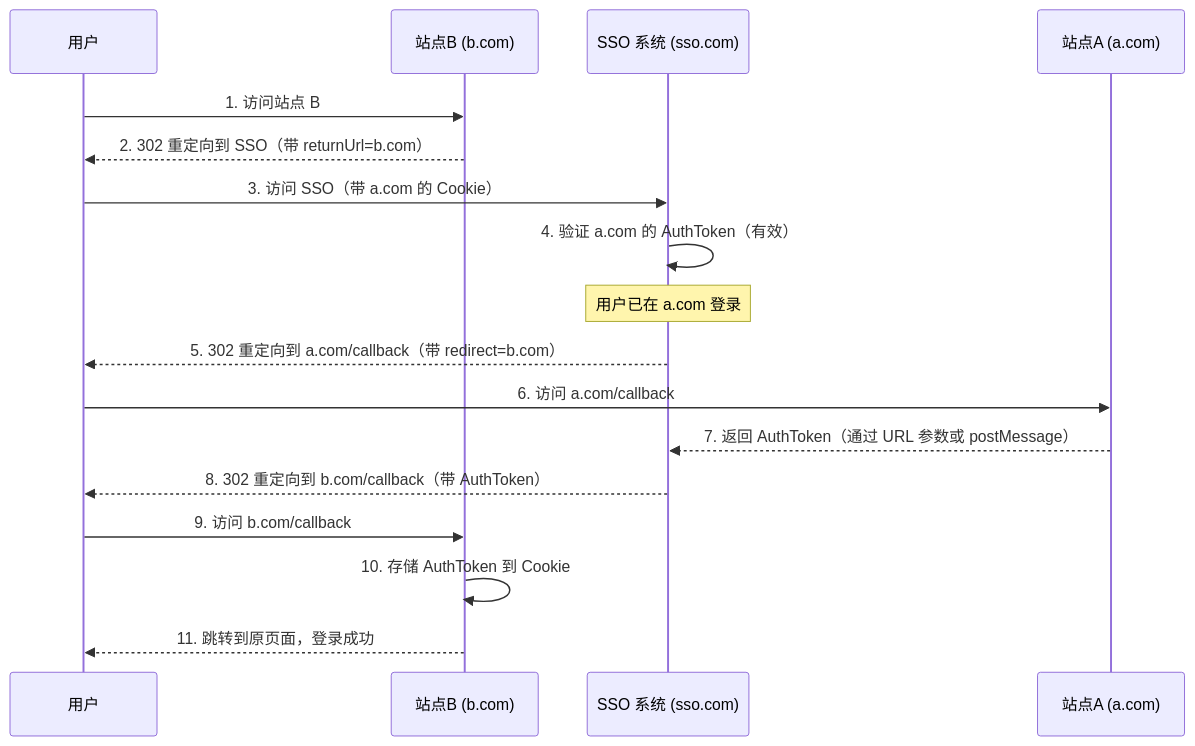
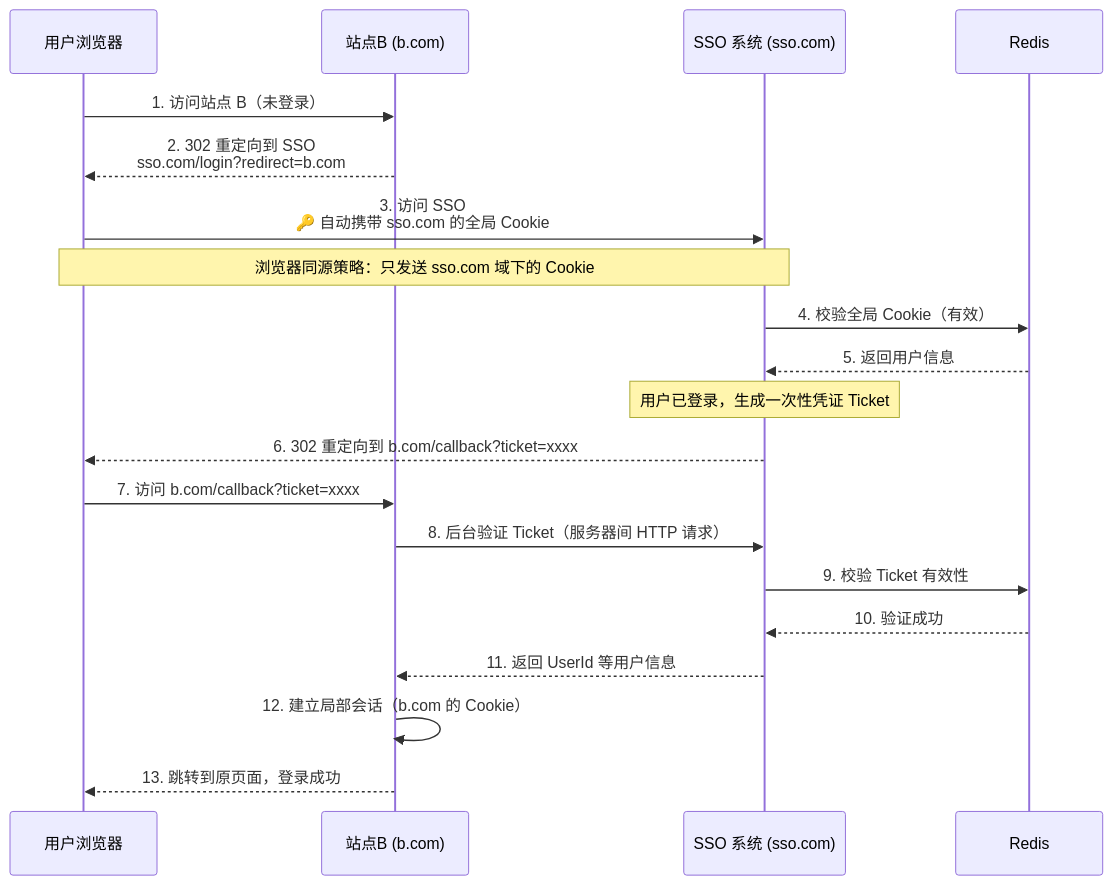
Before and after one commit to Nobody-Cares-TXSL/obsidian: the fourth of 6 diagrams in 03 八股/系统设计/SSO单点登录.md, drawn with Mermaid. The commit also changed other lines of this file and 2 other files, not shown here.

First line of the commit message:
docs(系统设计): 修正 SSO、JWT、RESTful API 文档的安全概念误区

````diff
--- a/03 八股/系统设计/SSO单点登录.md
+++ b/03 八股/系统设计/SSO单点登录.md
@@ -127,20 +143,23 @@
 ```mermaid
 sequenceDiagram
-    participant User as 用户
+    participant User as 用户浏览器
     participant SiteB as 站点B (b.com)
     participant SSO as SSO 系统 (sso.com)
-    participant SiteA as 站点A (a.com)
+    participant Redis as Redis
 
-    User->>SiteB: 1. 访问站点 B
-    SiteB-->>User: 2. 302 重定向到 SSO（带 returnUrl=b.com）
-    User->>SSO: 3. 访问 SSO（带 a.com 的 Cookie）
-    SSO->>SSO: 4. 验证 a.com 的 AuthToken（有效）
-    Note over SSO: 用户已在 a.com 登录
-    SSO-->>User: 5. 302 重定向到 a.com/callback（带 redirect=b.com）
-    User->>SiteA: 6. 访问 a.com/callback
-    SiteA-->>SSO: 7. 返回 AuthToken（通过 URL 参数或 postMessage）
-    SSO-->>User: 8. 302 重定向到 b.com/callback（带 AuthToken）
-    User->>SiteB: 9. 访问 b.com/callback
-    SiteB->>SiteB: 10. 存储 AuthToken 到 Cookie
-    SiteB-->>User: 11. 跳转到原页面，登录成功
+    User->>SiteB: 1. 访问站点 B（未登录）
+    SiteB-->>User: 2. 302 重定向到 SSO<br/>sso.com/login?redirect=b.com
+    User->>SSO: 3. 访问 SSO<br/>🔑 自动携带 sso.com 的全局 Cookie
+    Note over User,SSO: 浏览器同源策略：只发送 sso.com 域下的 Cookie
+    SSO->>Redis: 4. 校验全局 Cookie（有效）
+    Redis-->>SSO: 5. 返回用户信息
+    Note over SSO: 用户已登录，生成一次性凭证 Ticket
+    SSO-->>User: 6. 302 重定向到 b.com/callback?ticket=xxxx
+    User->>SiteB: 7. 访问 b.com/callback?ticket=xxxx
+    SiteB->>SSO: 8. 后台验证 Ticket（服务器间 HTTP 请求）
+    SSO->>Redis: 9. 校验 Ticket 有效性
+    Redis-->>SSO: 10. 验证成功
+    SSO-->>SiteB: 11. 返回 UserId 等用户信息
+    SiteB->>SiteB: 12. 建立局部会话（b.com 的 Cookie）
+    SiteB-->>User: 13. 跳转到原页面，登录成功
 ```
````
